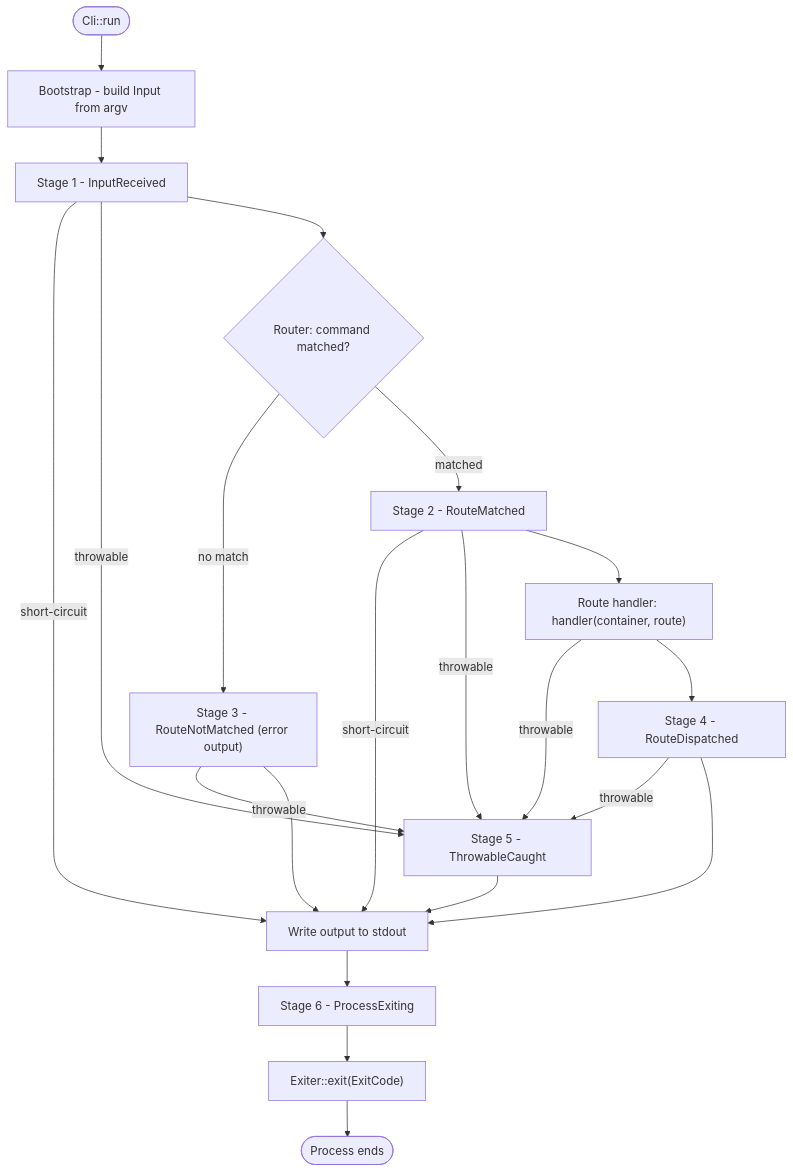
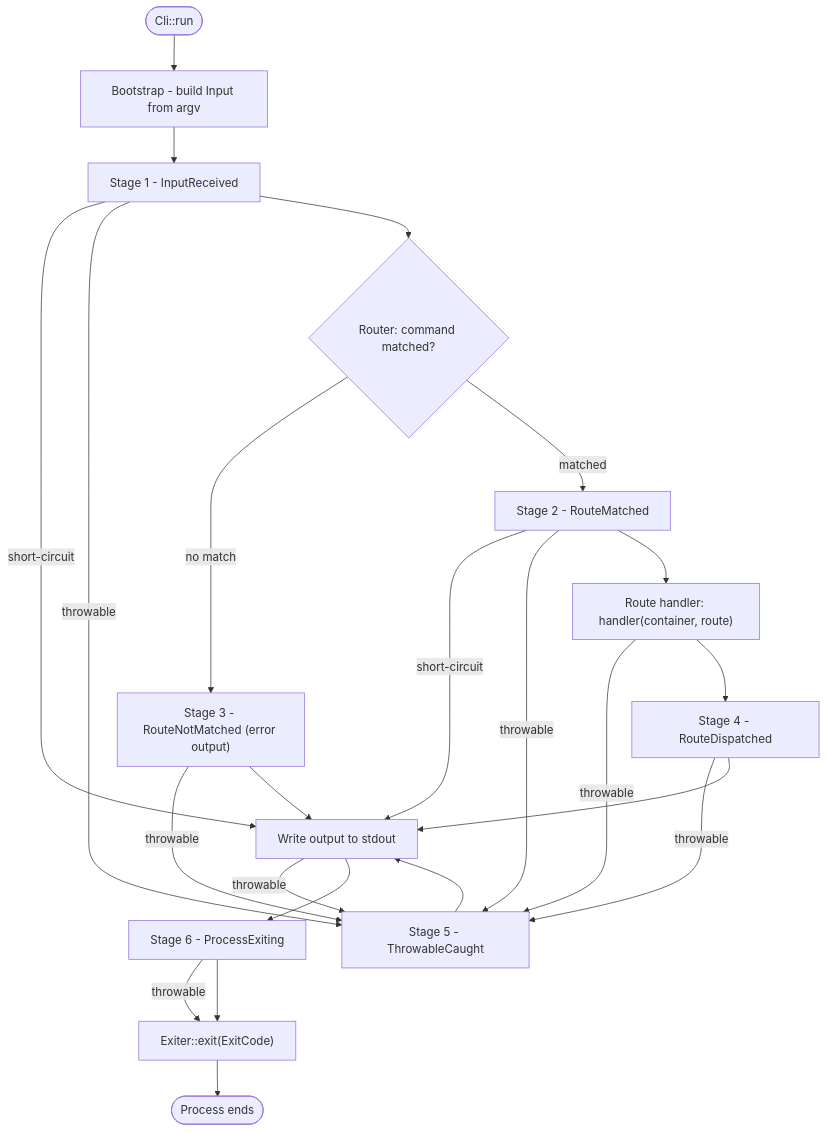
One commit to valkyrjaio/valkyrja changed the diagram in src/Valkyrja/Cli/README.md. Above: the diagram before and after it, drawn with Mermaid. The commit also changed other lines of this file, not shown here.

Commit message:
[Cli] docs: Put the two new guards in the lifecycle and the flowchart.

````diff
--- a/src/Valkyrja/Cli/README.md
+++ b/src/Valkyrja/Cli/README.md
@@ -1432,23 +1434,25 @@
 ```mermaid
 flowchart TD
     A([Cli::run]) --> B[Bootstrap - build Input from argv]
     B --> C[Stage 1 - InputReceived]
     C -->|"short-circuit"| H[Write output to stdout]
     C -->|throwable| J[Stage 5 - ThrowableCaught]
     C --> D{"Router: command matched?"}
     D -->|"no match"| E["Stage 3 - RouteNotMatched (error output)"]
     D -->|matched| F[Stage 2 - RouteMatched]
     E -->|throwable| J
     E --> H
     F -->|"short-circuit"| H
     F -->|throwable| J
     F --> G["Route handler: handler(container, route)"]
     G -->|throwable| J
     G --> I[Stage 4 - RouteDispatched]
     I -->|throwable| J
     I --> H
     J --> H
+    H -->|throwable| J
     H --> K[Stage 6 - ProcessExiting]
+    K -->|throwable| L
     K --> L["Exiter::exit(ExitCode)"]
     L --> M([Process ends])
 ```
````
